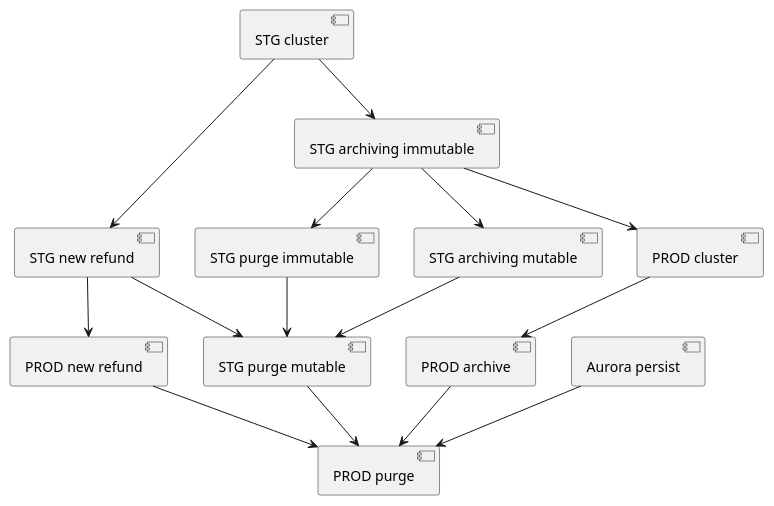
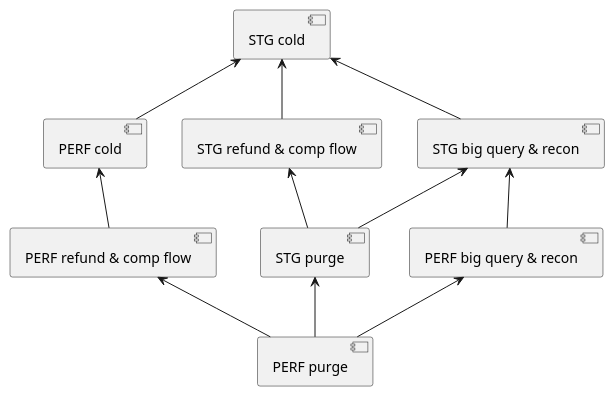
Before and after one commit to george24601/notes: the fourth of 5 diagrams in mgmt/plan.plantuml, drawn with PlantUML. The commit also changed 10 other files, not shown here.

```diff
--- a/mgmt/plan.plantuml
+++ b/mgmt/plan.plantuml
@@ -49,16 +50,12 @@
 @startuml
-[STG cluster] --> [STG new refund]
-[STG cluster] --> [STG archiving immutable]
-[STG new refund] --> [STG purge mutable]
-[STG archiving immutable] --> [STG purge immutable]
-[STG archiving immutable] --> [STG archiving mutable] 
-[STG archiving immutable] --> [PROD cluster]
-[Aurora persist] --> [PROD purge]
-[PROD cluster] --> [PROD archive]
-[PROD archive] --> [PROD purge]
-[STG new refund] --> [PROD new refund]
-[PROD new refund] --> [PROD purge]
-[STG archiving mutable] --> [STG purge mutable]
-[STG purge immutable] --> [STG purge mutable]
-[STG purge mutable] --> [PROD purge]
+[STG cold]  <-- [PERF cold]
+[STG cold] <-- [STG refund & comp flow]
+[STG refund & comp flow] <-- [STG purge]
+[STG cold] <-- [STG big query & recon]
+[STG big query & recon] <-- [STG purge]
+[STG big query & recon] <-- [PERF big query & recon] 
+[STG purge] <-- [PERF purge]
+[PERF cold] <-- [PERF refund & comp flow]
+[PERF refund & comp flow] <-- [PERF purge]
+[PERF big query & recon] <-- [PERF purge]
 @enduml
```
